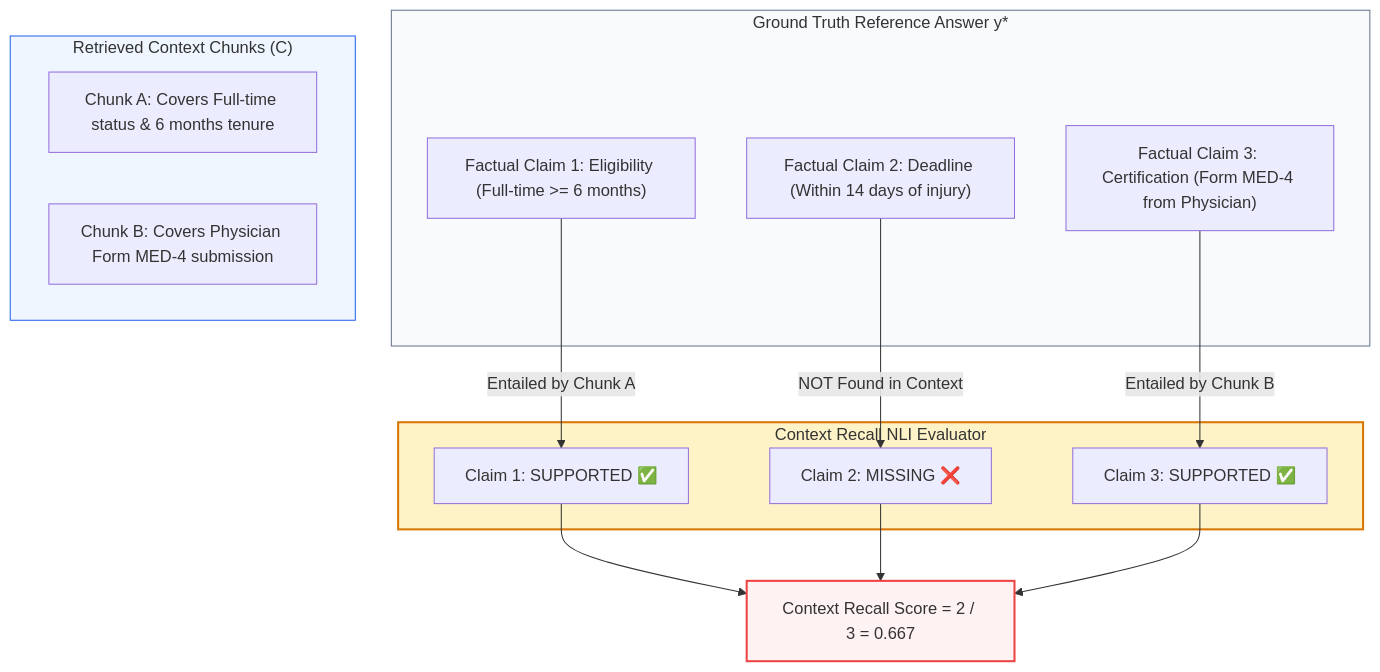
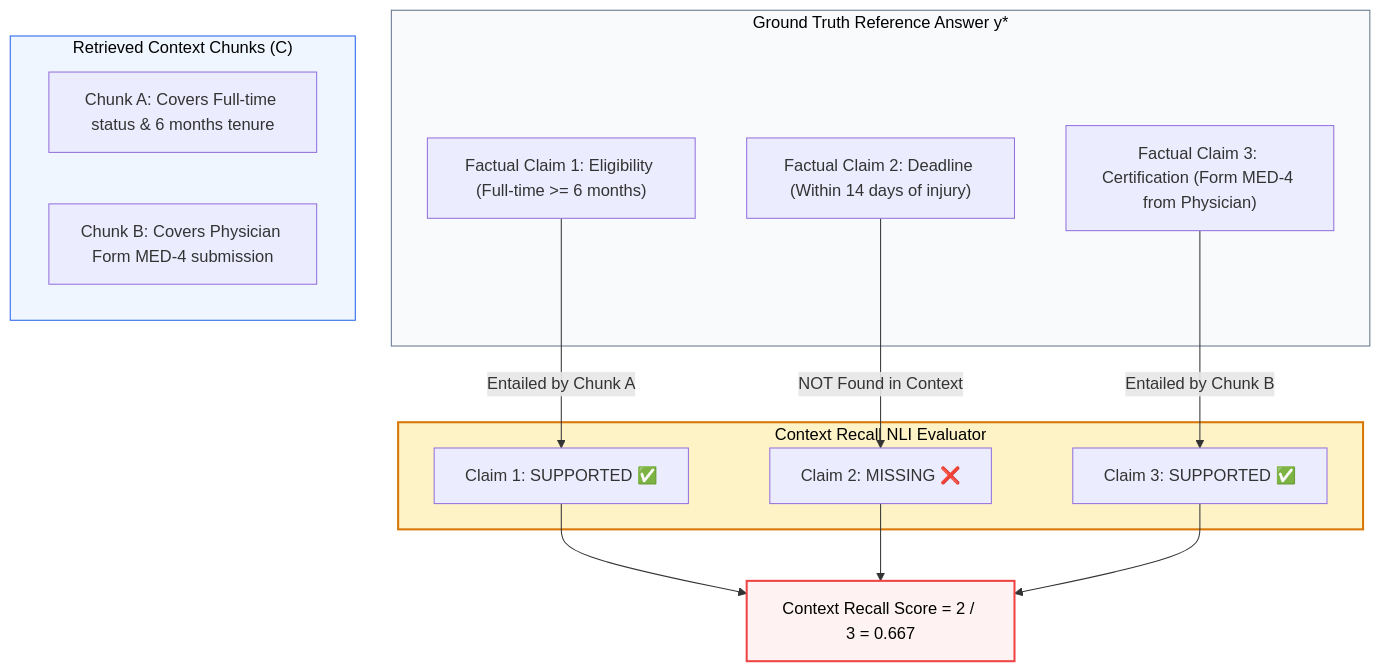
Before and after one commit to swapnil3104/RAG-Engineering: the first of 3 diagrams in 08-RAG-Evaluation-and-Optimization/Context-Recall.md, drawn with Mermaid. The commit also changed other lines of this file and 108 other files, not shown here.

Commit message:
fix: make chart text visible across all Mermaid diagrams and resolve markdown table formatting issues

````diff
--- a/08-RAG-Evaluation-and-Optimization/Context-Recall.md
+++ b/08-RAG-Evaluation-and-Optimization/Context-Recall.md
@@ -30,26 +30,26 @@
 ```mermaid
 flowchart TD
     subgraph GroundTruthSpace ["Ground Truth Reference Answer y*"]
         GT1["Factual Claim 1: Eligibility (Full-time >= 6 months)"]
         GT2["Factual Claim 2: Deadline (Within 14 days of injury)"]
         GT3["Factual Claim 3: Certification (Form MED-4 from Physician)"]
     end
 
     subgraph RetrievedChunks ["Retrieved Context Chunks (C)"]
         C1["Chunk A: Covers Full-time status & 6 months tenure"]
         C2["Chunk B: Covers Physician Form MED-4 submission"]
     end
 
     subgraph VerificationEngine ["Context Recall NLI Evaluator"]
         GT1 -->|"Entailed by Chunk A"| S1["Claim 1: SUPPORTED ✅"]
         GT2 -->|"NOT Found in Context"| S2["Claim 2: MISSING ❌"]
         GT3 -->|"Entailed by Chunk B"| S3["Claim 3: SUPPORTED ✅"]
     end
 
     S1 & S2 & S3 --> Score["Context Recall Score = 2 / 3 = 0.667"]
 
-    style GroundTruthSpace fill:#f8fafc,stroke:#64748b
-    style RetrievedChunks fill:#eff6ff,stroke:#2563eb
-    style VerificationEngine fill:#fef3c7,stroke:#d97706,stroke-width:2px
-    style Score fill:#fef2f2,stroke:#ef4444,stroke-width:2px
+    style GroundTruthSpace fill:#f8fafc,stroke:#64748b,color:#000000
+    style RetrievedChunks fill:#eff6ff,stroke:#2563eb,color:#000000
+    style VerificationEngine fill:#fef3c7,stroke:#d97706,stroke-width:2px,color:#000000
+    style Score fill:#fef2f2,stroke:#ef4444,stroke-width:2px,color:#000000
 ```
````
